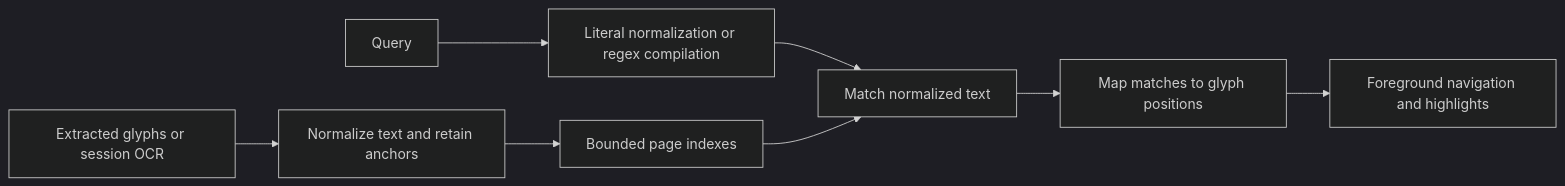
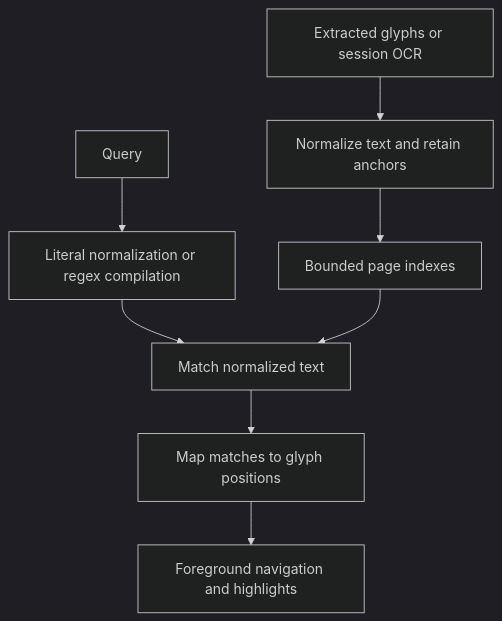
Before and after one commit to letientai299/vpdf: the diagram in docs/dev/text.md, drawn with Mermaid (dark theme). The commit also changed other lines of this file and 7 other files, not shown here.

````diff
--- a/docs/dev/text.md
+++ b/docs/dev/text.md
@@ -28,10 +28,10 @@
 ```mermaid
-flowchart LR
+flowchart TD
     Text[Extracted glyphs or session OCR] --> Normalize[Normalize text and retain anchors]
     Normalize --> Index[Bounded page indexes]
     Query[Query] --> Pattern[Literal normalization or regex compilation]
     Pattern --> Match[Match normalized text]
     Index --> Match
     Match --> Hits[Map matches to glyph positions]
     Hits --> View[Foreground navigation and highlights]
 ```
````
